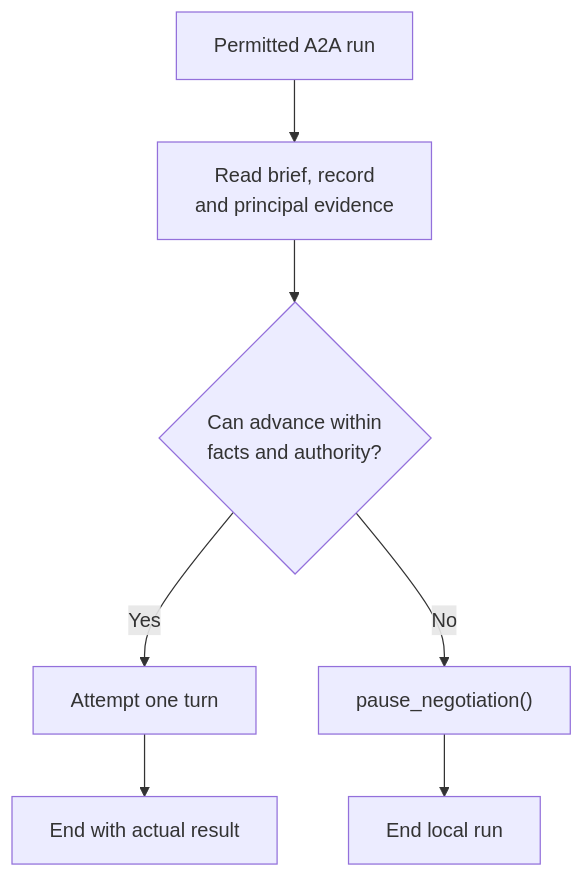
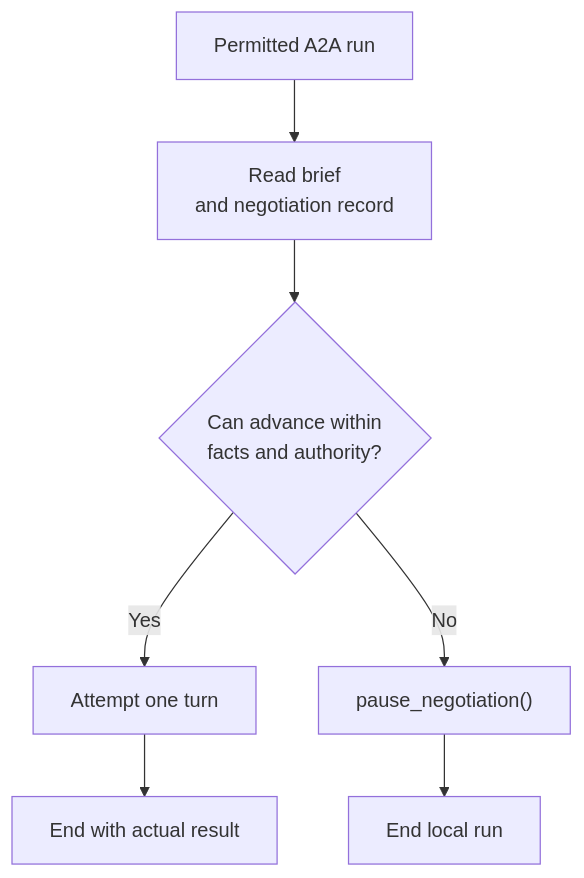
The diagram in docs/agent-enhancement/negotiations.md (indexnetwork/index), drawn with Mermaid before and after one commit. The commit also changed other lines of this file and 13 other files, not shown here.

````diff
--- a/docs/agent-enhancement/negotiations.md
+++ b/docs/agent-enhancement/negotiations.md
@@ -21,9 +22,9 @@
 ```mermaid
 flowchart TD
-    E["Permitted A2A run"] --> R["Read brief, record<br/>and principal evidence"]
+    E["Permitted A2A run"] --> R["Read brief<br/>and negotiation record"]
     R --> D{"Can advance within<br/>facts and authority?"}
     D -->|"Yes"| T["Attempt one turn"]
     T --> F["End with actual result"]
     D -->|"No"| P["pause_negotiation()"]
     P --> L["End local run"]
 ```
````
